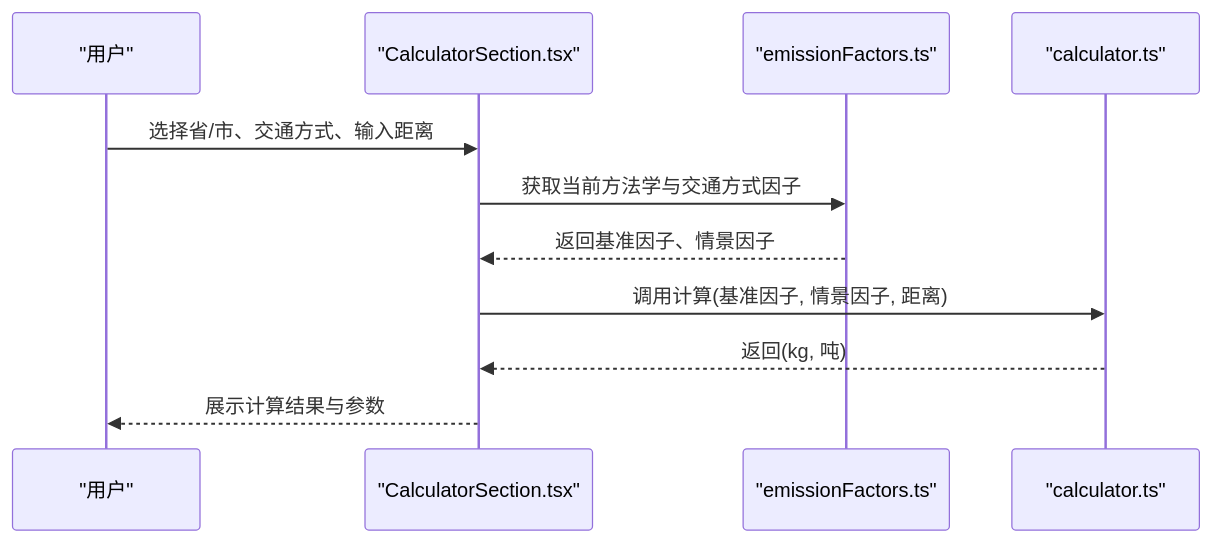
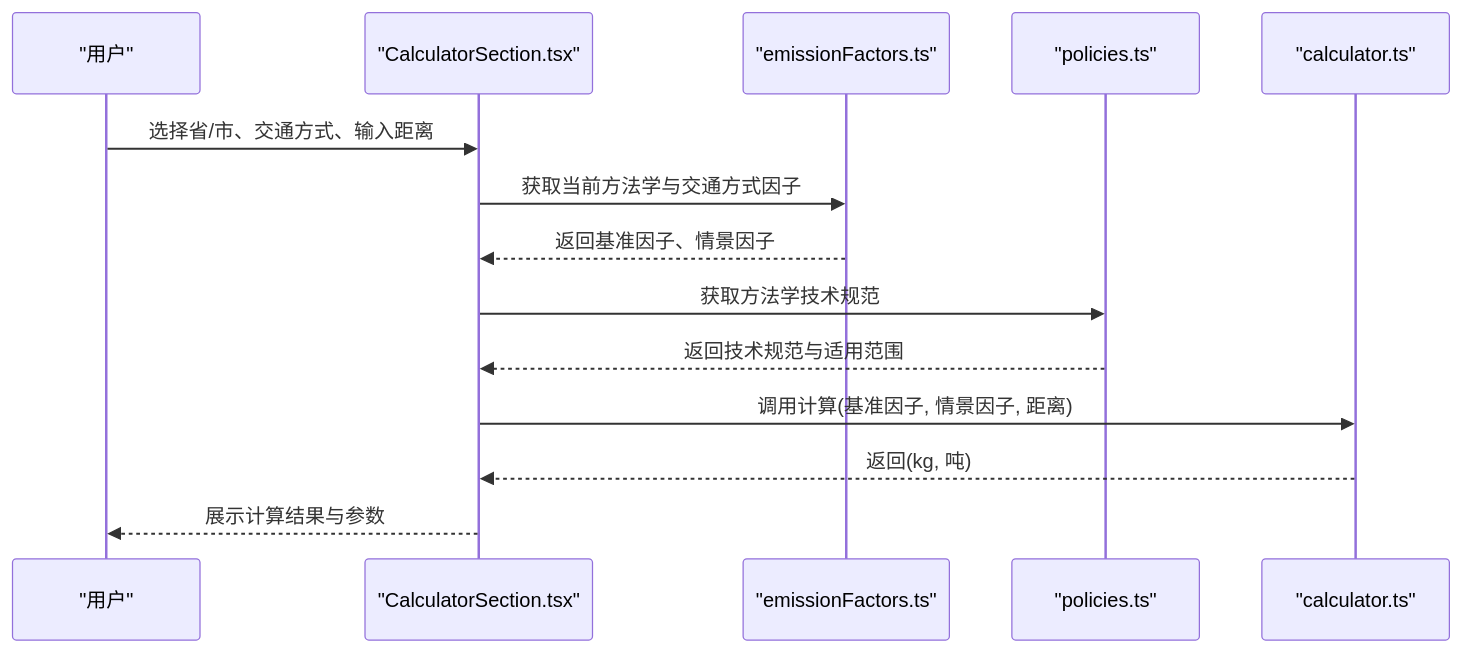
The second of 6 diagrams in .qoder/repowiki/zh/content/数据管理/排放因子数据.md (liangxuanliang-cmd/carbon-info-agent), drawn with Mermaid before and after one commit. The commit also changed other lines of this file and 5 other files, not shown here.

````diff
--- a/.qoder/repowiki/zh/content/数据管理/排放因子数据.md
+++ b/.qoder/repowiki/zh/content/数据管理/排放因子数据.md
@@ -95,13 +110,16 @@
 ```mermaid
 sequenceDiagram
 participant U as "用户"
 participant UI as "CalculatorSection.tsx"
 participant EF as "emissionFactors.ts"
+participant POL as "policies.ts"
 participant CALC as "calculator.ts"
 U->>UI : 选择省/市、交通方式、输入距离
 UI->>EF : 获取当前方法学与交通方式因子
 EF-->>UI : 返回基准因子、情景因子
+UI->>POL : 获取方法学技术规范
+POL-->>UI : 返回技术规范与适用范围
 UI->>CALC : 调用计算(基准因子, 情景因子, 距离)
 CALC-->>UI : 返回(kg, 吨)
 UI-->>U : 展示计算结果与参数
 ```
````
